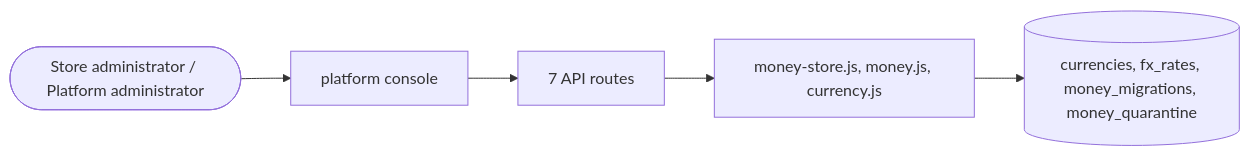
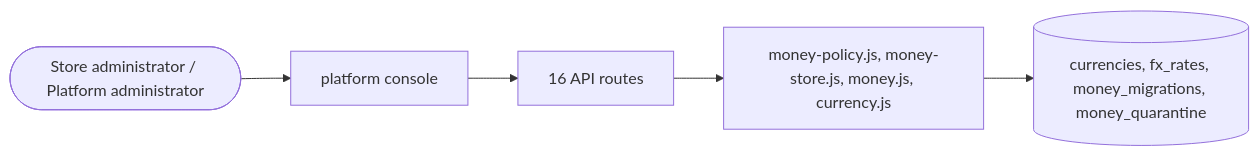
One commit to echelonxventures-Projects/universal-product changed the diagram in docs/domains/currency.md. Above: the diagram before and after it, drawn with Mermaid. The commit also changed other lines of this file and 27 other files, not shown here.

````diff
--- a/docs/domains/currency.md
+++ b/docs/domains/currency.md
@@ -97,8 +107,8 @@
 ```mermaid
 flowchart LR
   U([Store administrator / Platform administrator]) --> UI[platform console]
-  UI --> API[7 API routes]
-  API --> ENG[money-store.js, money.js, currency.js]
+  UI --> API[16 API routes]
+  API --> ENG[money-policy.js, money-store.js, money.js, currency.js]
   ENG --> DB[(currencies, fx_rates, money_migrations, money_quarantine)]
 
 ```
````
